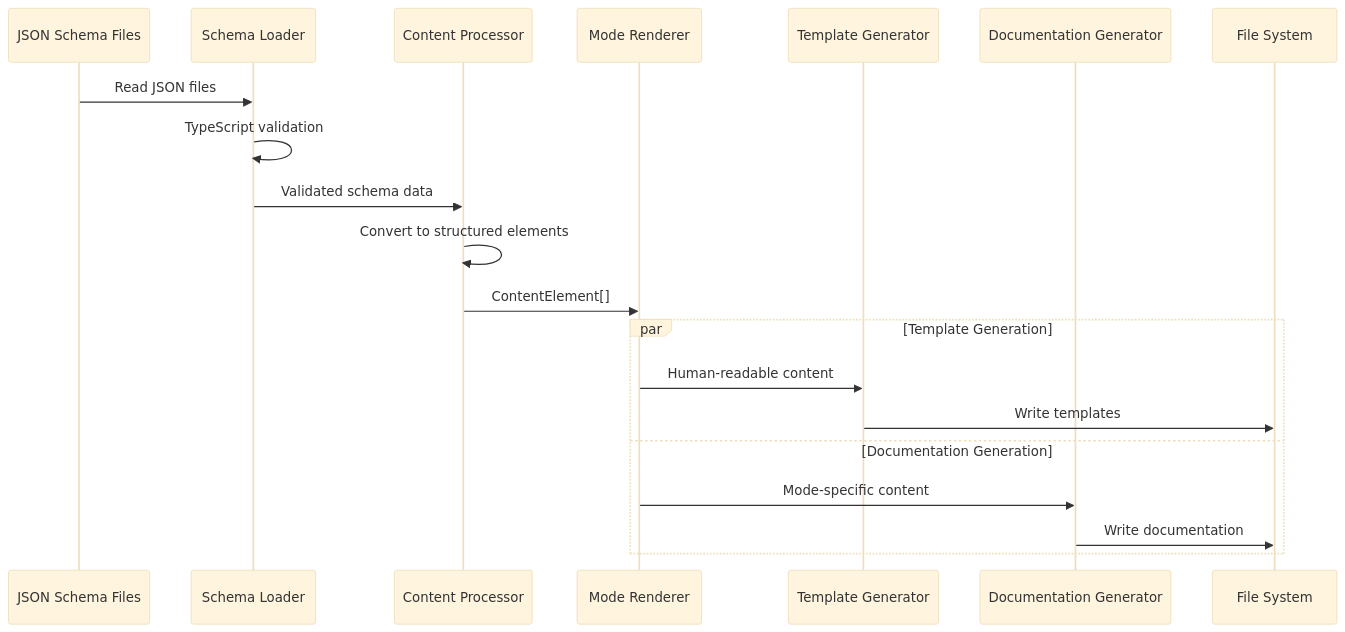
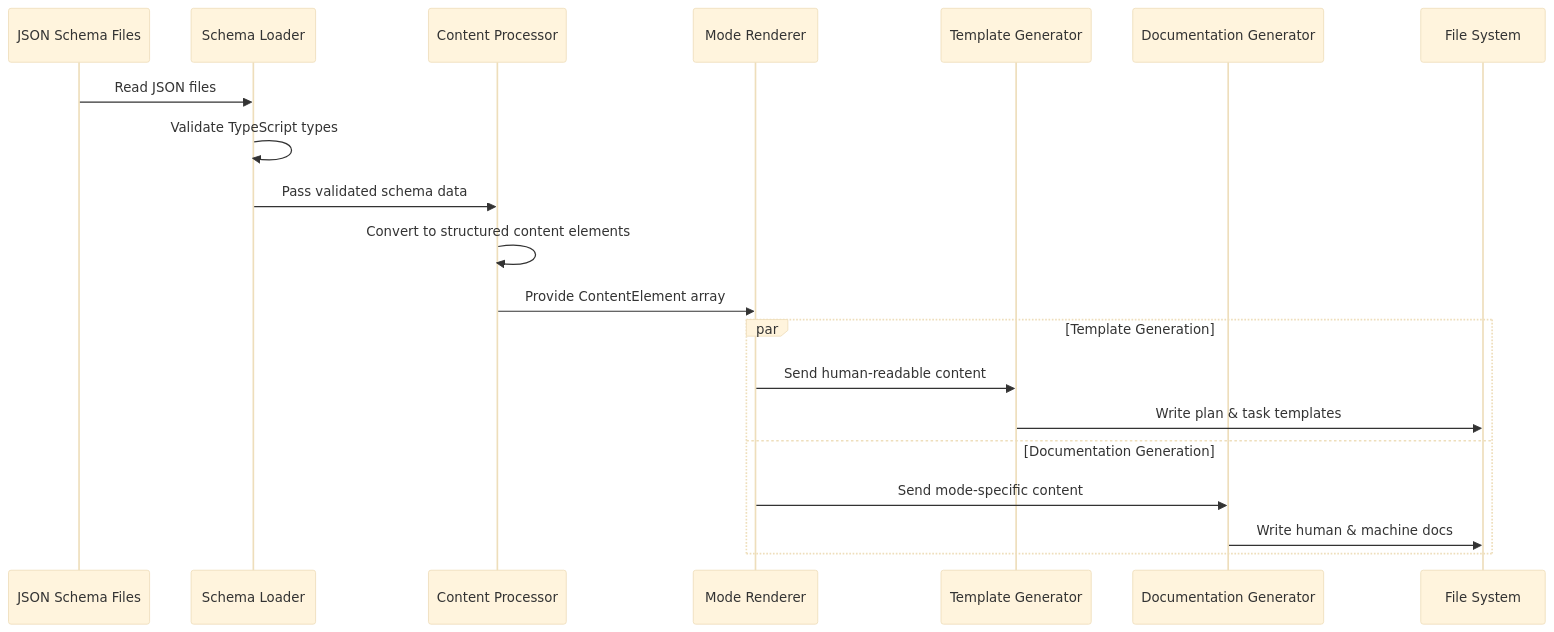
Before and after one commit to livelifelively/documentation-driven-development-tools: the tenth of 10 diagrams in docs/requirements/p1.plan.md, drawn with Mermaid (base theme). The commit also changed other lines of this file, not shown here.

````diff
--- a/docs/requirements/p1.plan.md
+++ b/docs/requirements/p1.plan.md
@@ -413,24 +477,24 @@
 ```mermaid
 sequenceDiagram
     participant Input as JSON Schema Files
     participant Loader as Schema Loader
     participant Processor as Content Processor
     participant Renderer as Mode Renderer
     participant TemplateGen as Template Generator
     participant DocGen as Documentation Generator
     participant Output as File System
 
     Input->>Loader: Read JSON files
-    Loader->>Loader: TypeScript validation
-    Loader->>Processor: Validated schema data
-    Processor->>Processor: Convert to structured elements
-    Processor->>Renderer: ContentElement[]
+    Loader->>Loader: Validate TypeScript types
+    Loader->>Processor: Pass validated schema data
+    Processor->>Processor: Convert to structured content elements
+    Processor->>Renderer: Provide ContentElement array
 
     par Template Generation
-        Renderer->>TemplateGen: Human-readable content
-        TemplateGen->>Output: Write templates
+        Renderer->>TemplateGen: Send human-readable content
+        TemplateGen->>Output: Write plan & task templates
     and Documentation Generation
-        Renderer->>DocGen: Mode-specific content
-        DocGen->>Output: Write documentation
+        Renderer->>DocGen: Send mode-specific content
+        DocGen->>Output: Write human & machine docs
     end
 ```
````
